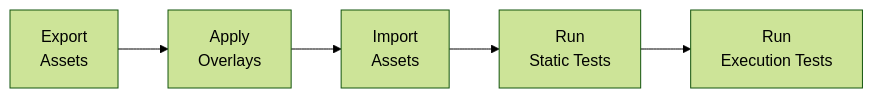
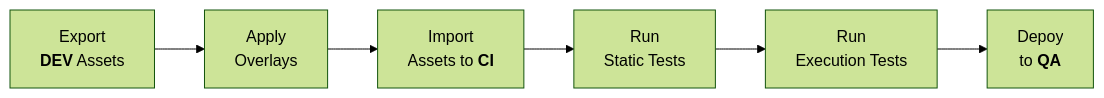
The third of 3 diagrams in _pages/introduction/cicd-concepts.md (MettleCI/mcix-cli), drawn with Mermaid (forest theme) before and after one commit. The commit also changed other lines of this file and 2 other files, not shown here.

````diff
--- a/_pages/introduction/cicd-concepts.md
+++ b/_pages/introduction/cicd-concepts.md
@@ -275,10 +276,11 @@
 ```mermaid
 flowchart LR
-  EXPORT["Export<br/>Assets"]
+  EXPORT["Export<br/><b>DEV</b> Assets"]
   OVERLAY["Apply<br/>Overlays"]
-  IMPORT["Import<br/>Assets"]
+  IMPORT["Import<br/>Assets to <b>CI</b>"]
   TEST1["Run<br/>Static Tests"]
   TEST2["Run<br/>Execution Tests"]
+  DEPLOY["Depoy<br/>to <b>QA</b>"]
 
-  EXPORT --> OVERLAY --> IMPORT --> TEST1 --> TEST2
+  EXPORT --> OVERLAY --> IMPORT --> TEST1 --> TEST2 --> DEPLOY
 ```
````
